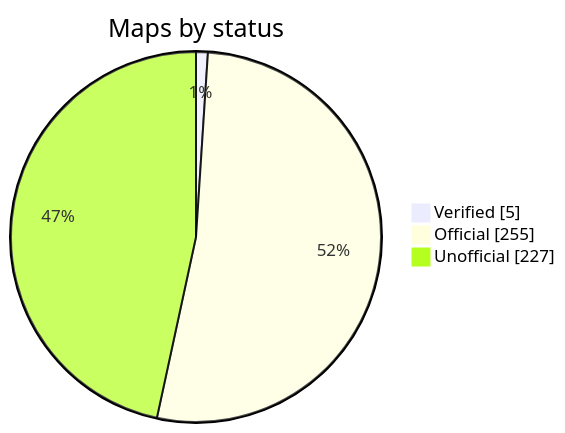
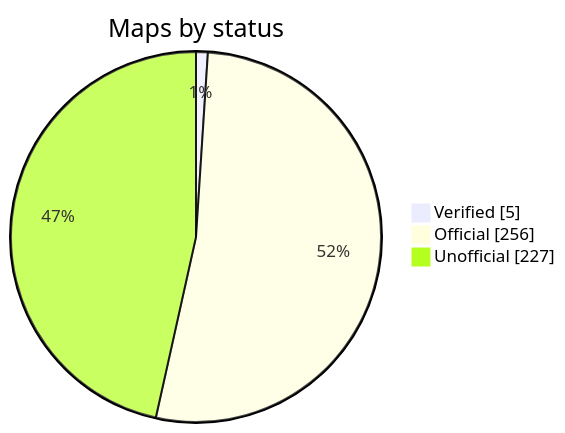
One commit to nobrega8/mbmap-library changed the diagram in README.md. Above: the diagram before and after it, drawn with Mermaid. The commit also changed 2 other files, not shown here.

Commit message:
Add the XY XY-MD02 map (#57)
RS485 temperature and humidity transmitter (SHT20): temperature and
humidity as input registers 1 and 2, settings as holding registers 257
to 260. Written from the manufacturer's manual.

Closes #53

````diff
--- a/README.md
+++ b/README.md
@@ -48,7 +48,7 @@
 ```mermaid
 pie showData
     title Maps by status
     "Verified" : 5
-    "Official" : 255
+    "Official" : 256
     "Unofficial" : 227
 ```
````
